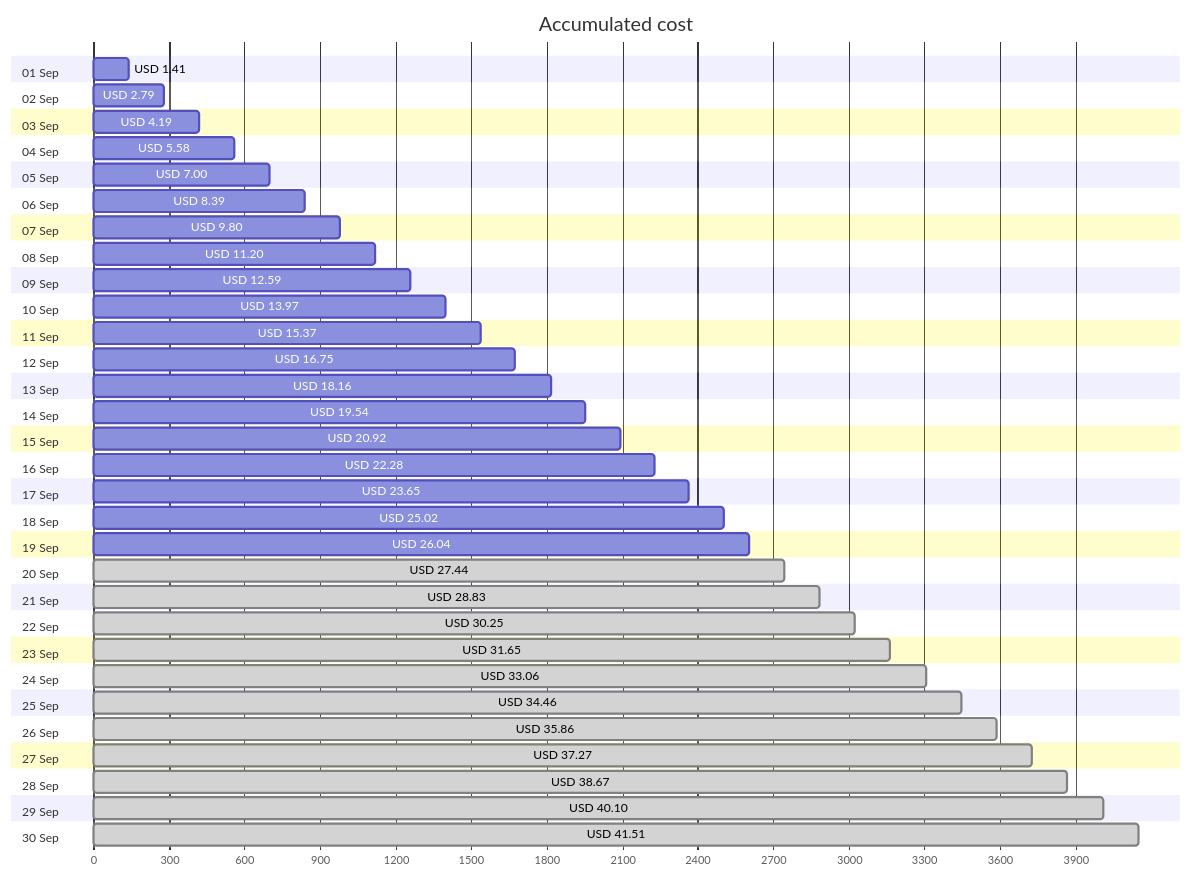
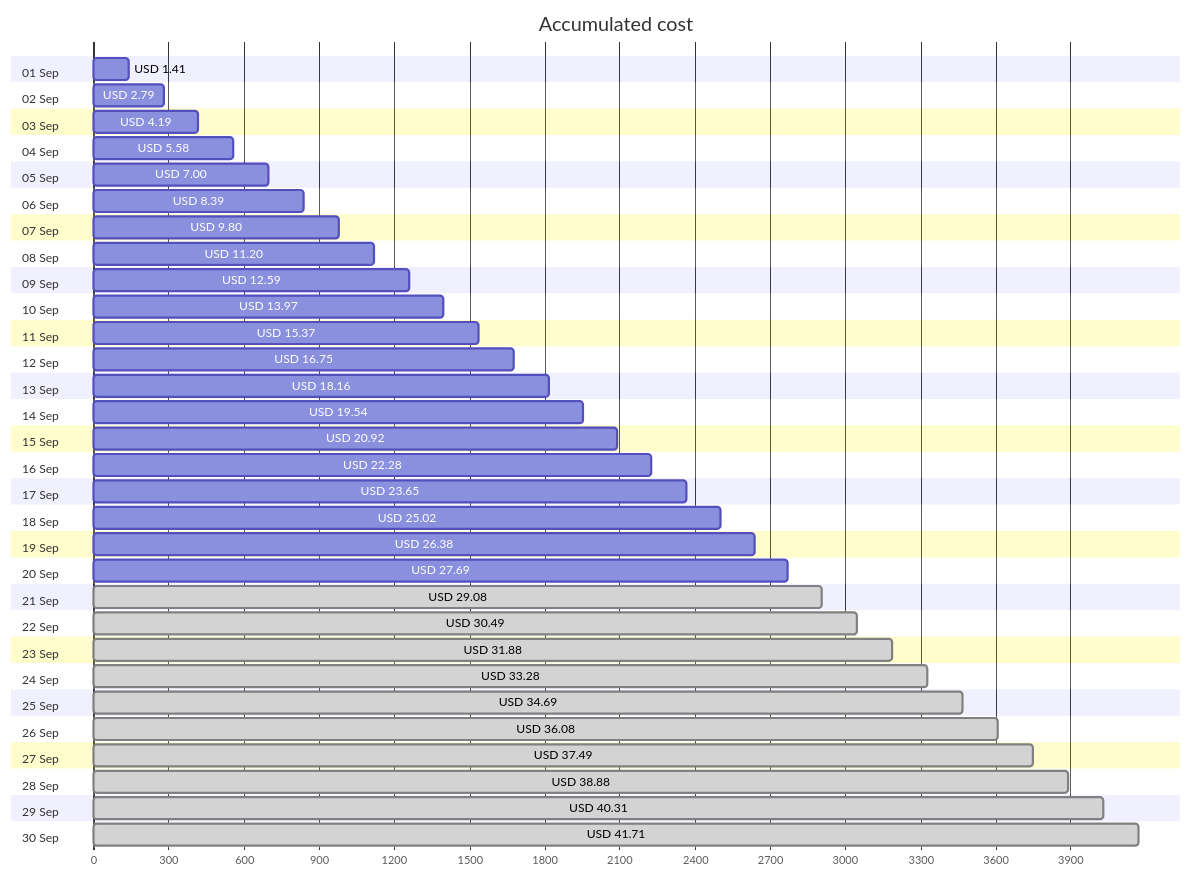
One commit to jpfulton/azure-personal-reports changed the first of 4 diagrams in cost-reports/personal-network/backup-data-disk.md. Above: the diagram before and after it, drawn with Mermaid. The commit also changed other lines of this file and 9 other files, not shown here.

````diff
--- a/cost-reports/personal-network/backup-data-disk.md
+++ b/cost-reports/personal-network/backup-data-disk.md
@@ -20,66 +20,66 @@
 ```mermaid
 gantt
    title Accumulated cost
    dateFormat  X
    axisFormat %s
    section 01 Sep
    USD 1.41 :0, 141
    section 02 Sep
    USD 2.79 :0, 279
    section 03 Sep
    USD 4.19 :0, 419
    section 04 Sep
    USD 5.58 :0, 558
    section 05 Sep
    USD 7.00 :0, 700
    section 06 Sep
    USD 8.39 :0, 839
    section 07 Sep
    USD 9.80 :0, 980
    section 08 Sep
    USD 11.20 :0, 1120
    section 09 Sep
    USD 12.59 :0, 1259
    section 10 Sep
    USD 13.97 :0, 1397
    section 11 Sep
    USD 15.37 :0, 1537
    section 12 Sep
    USD 16.75 :0, 1675
    section 13 Sep
    USD 18.16 :0, 1816
    section 14 Sep
    USD 19.54 :0, 1954
    section 15 Sep
    USD 20.92 :0, 2092
    section 16 Sep
    USD 22.28 :0, 2228
    section 17 Sep
    USD 23.65 :0, 2365
    section 18 Sep
    USD 25.02 :0, 2502
    section 19 Sep
-   USD 26.04 :0, 2604
+   USD 26.38 :0, 2638
    section 20 Sep
-   USD 27.44 : done, 0, 2744
+   USD 27.69 :0, 2769
    section 21 Sep
-   USD 28.83 : done, 0, 2883
+   USD 29.08 : done, 0, 2908
    section 22 Sep
-   USD 30.25 : done, 0, 3025
+   USD 30.49 : done, 0, 3049
    section 23 Sep
-   USD 31.65 : done, 0, 3165
+   USD 31.88 : done, 0, 3188
    section 24 Sep
-   USD 33.06 : done, 0, 3306
+   USD 33.28 : done, 0, 3328
    section 25 Sep
-   USD 34.46 : done, 0, 3446
+   USD 34.69 : done, 0, 3469
    section 26 Sep
-   USD 35.86 : done, 0, 3586
+   USD 36.08 : done, 0, 3608
    section 27 Sep
-   USD 37.27 : done, 0, 3727
+   USD 37.49 : done, 0, 3749
    section 28 Sep
-   USD 38.67 : done, 0, 3867
+   USD 38.88 : done, 0, 3888
    section 29 Sep
-   USD 40.10 : done, 0, 4010
+   USD 40.31 : done, 0, 4031
    section 30 Sep
-   USD 41.51 : done, 0, 4151
+   USD 41.71 : done, 0, 4171
 ```
````
